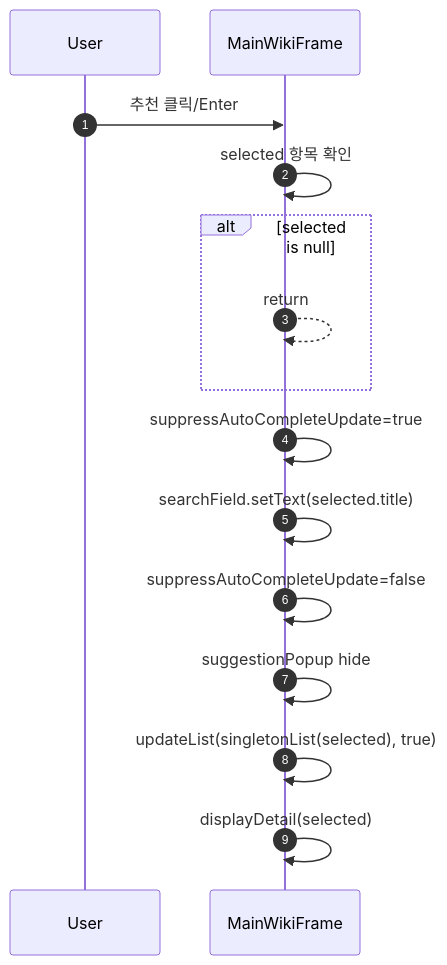
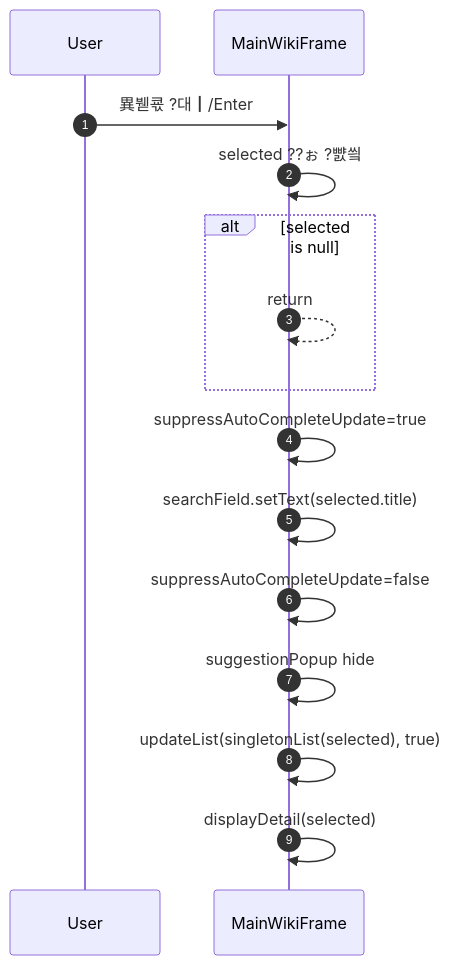
One commit to jegalhb/JAVA_WIKI_ONLINE changed the seventh of 22 diagrams in src/Reproject/README.md. Above: the diagram before and after it, drawn with Mermaid. The commit also changed other lines of this file, not shown here.

````diff
--- a/src/Reproject/README.md
+++ b/src/Reproject/README.md
@@ -205,18 +205,18 @@
 ```mermaid
 sequenceDiagram
     autonumber
     participant U as User
     participant MW as MainWikiFrame
 
-    U->>MW: 추천 클릭/Enter
-    MW->>MW: selected 항목 확인
+    U->>MW: 異붿쿇 ?대┃/Enter
+    MW->>MW: selected ??ぉ ?뺤씤
     alt selected is null
         MW-->>MW: return
     end
     MW->>MW: suppressAutoCompleteUpdate=true
     MW->>MW: searchField.setText(selected.title)
     MW->>MW: suppressAutoCompleteUpdate=false
     MW->>MW: suggestionPopup hide
     MW->>MW: updateList(singletonList(selected), true)
     MW->>MW: displayDetail(selected)
 ```
````
